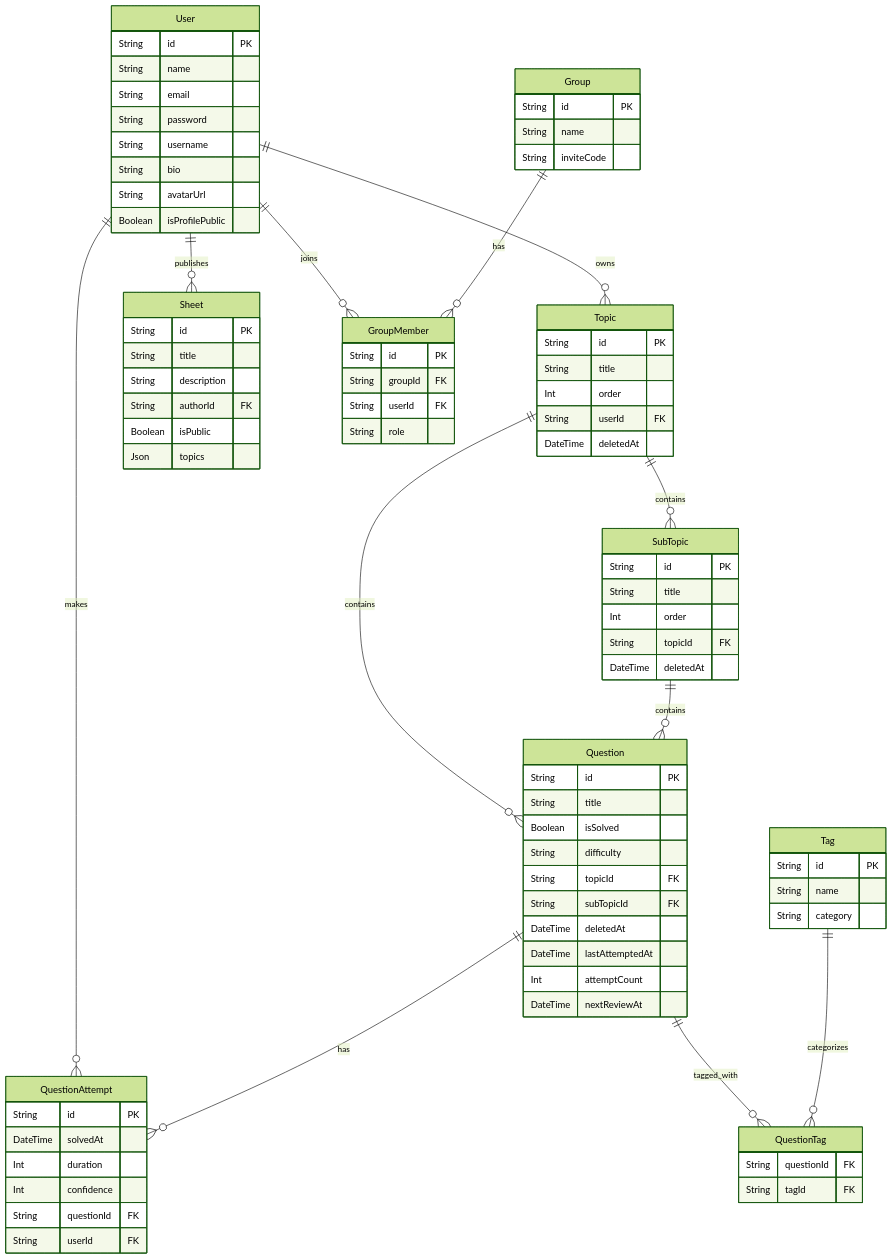
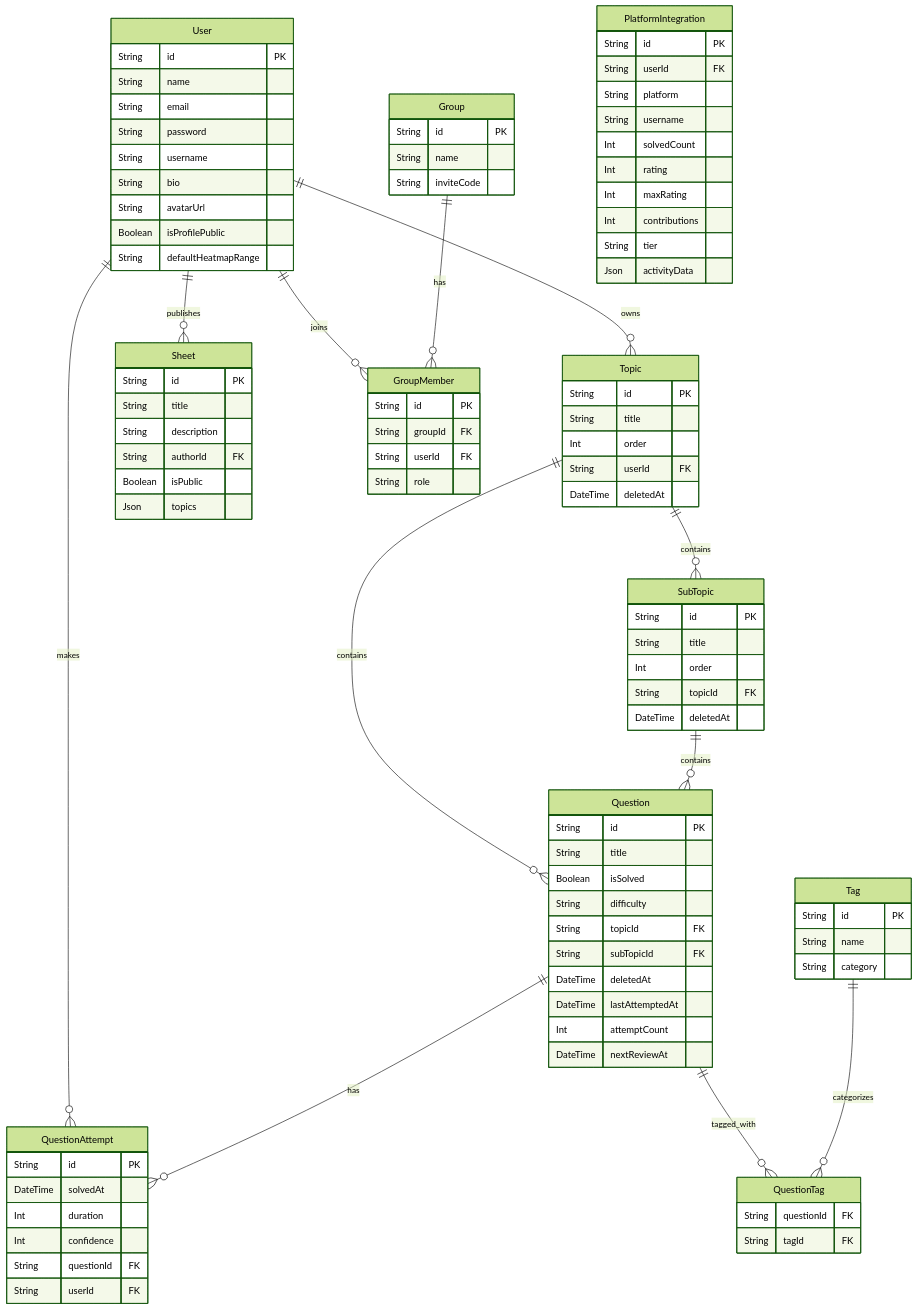
The second of 2 diagrams in ARCHITECTURE.md (pulkitjaincs/AlgoForge), drawn with Mermaid (forest theme) before and after one commit. The commit also changed 66 other files, not shown here.

```diff
--- a/ARCHITECTURE.md
+++ b/ARCHITECTURE.md
@@ -86,6 +86,7 @@
         String bio
         String avatarUrl
         Boolean isProfilePublic
+        String defaultHeatmapRange
     }
     Sheet {
         String id PK
@@ -105,6 +106,18 @@
         String groupId FK
         String userId FK
         String role
+    }
+    PlatformIntegration {
+        String id PK
+        String userId FK
+        String platform
+        String username
+        Int solvedCount
+        Int rating
+        Int maxRating
+        Int contributions
+        String tier
+        Json activityData
     }
     Topic {
         String id PK
```
